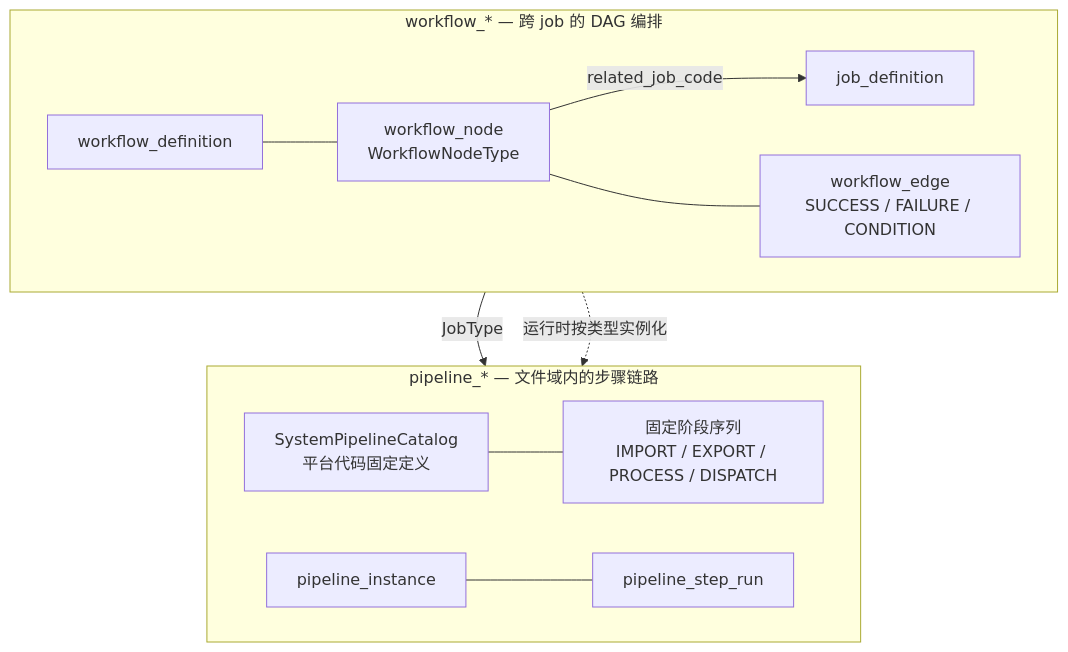
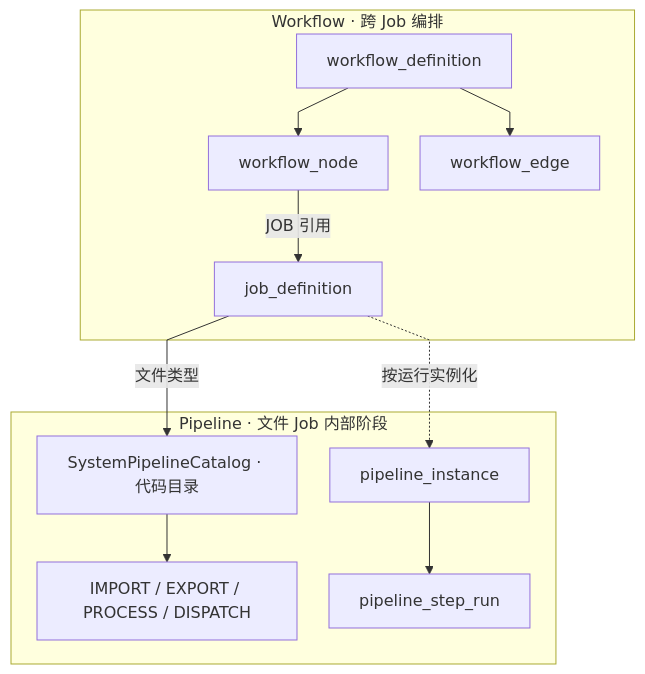
Before and after one commit to pinpols/file-batch-system: the diagram in docs/architecture/pipeline-vs-workflow-boundary.md, drawn with Mermaid. The commit also changed 2792 other files, not shown here.

````diff
--- a/docs/architecture/pipeline-vs-workflow-boundary.md
+++ b/docs/architecture/pipeline-vs-workflow-boundary.md
@@ -11,18 +11,15 @@
 ```mermaid
+%%{init: {"flowchart":{"curve":"linear","nodeSpacing":32,"rankSpacing":48},"sequence":{"mirrorActors":false}}}%%
 flowchart TB
-  subgraph Workflow["workflow_* — 跨 job 的 DAG 编排"]
-    direction LR
-    W1[workflow_definition] --- WN1[workflow_node<br/>WorkflowNodeType]
-    WN1 -- related_job_code --> J1[job_definition]
-    WN1 --- WE[workflow_edge<br/>SUCCESS / FAILURE / CONDITION]
+  subgraph WF["Workflow · 跨 Job 编排"]
+    D["workflow_definition"] --> N["workflow_node"]
+    D --> E["workflow_edge"]
+    N -->|"JOB 引用"| J["job_definition"]
   end
-
-  subgraph Pipeline["pipeline_* — 文件域内的步骤链路"]
-    direction LR
-    J1 -- JobType --> SYS[SystemPipelineCatalog<br/>平台代码固定定义]
-    SYS --- PSD[固定阶段序列<br/>IMPORT / EXPORT / PROCESS / DISPATCH]
-    PI[pipeline_instance] --- PSR[pipeline_step_run]
+  subgraph FILE["Pipeline · 文件 Job 内部阶段"]
+    CAT["SystemPipelineCatalog · 代码目录"] --> S["IMPORT / EXPORT / PROCESS / DISPATCH"]
+    PI["pipeline_instance"] --> PS["pipeline_step_run"]
   end
-
-  J1 -. 运行时按类型实例化 .-> PI
+  J -->|"文件类型"| CAT
+  J -. "按运行实例化" .-> PI
 ```
````
